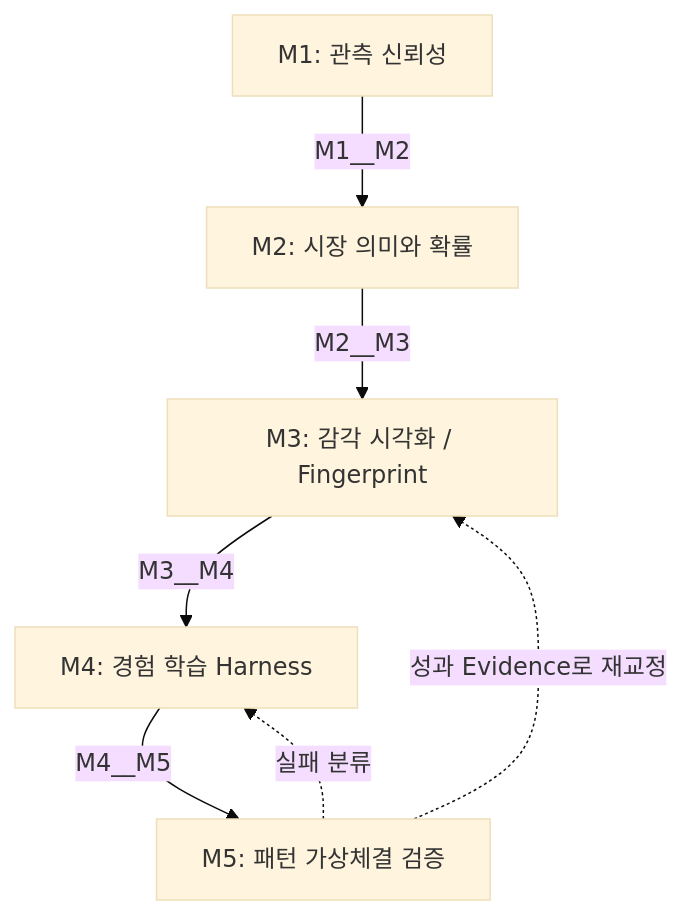
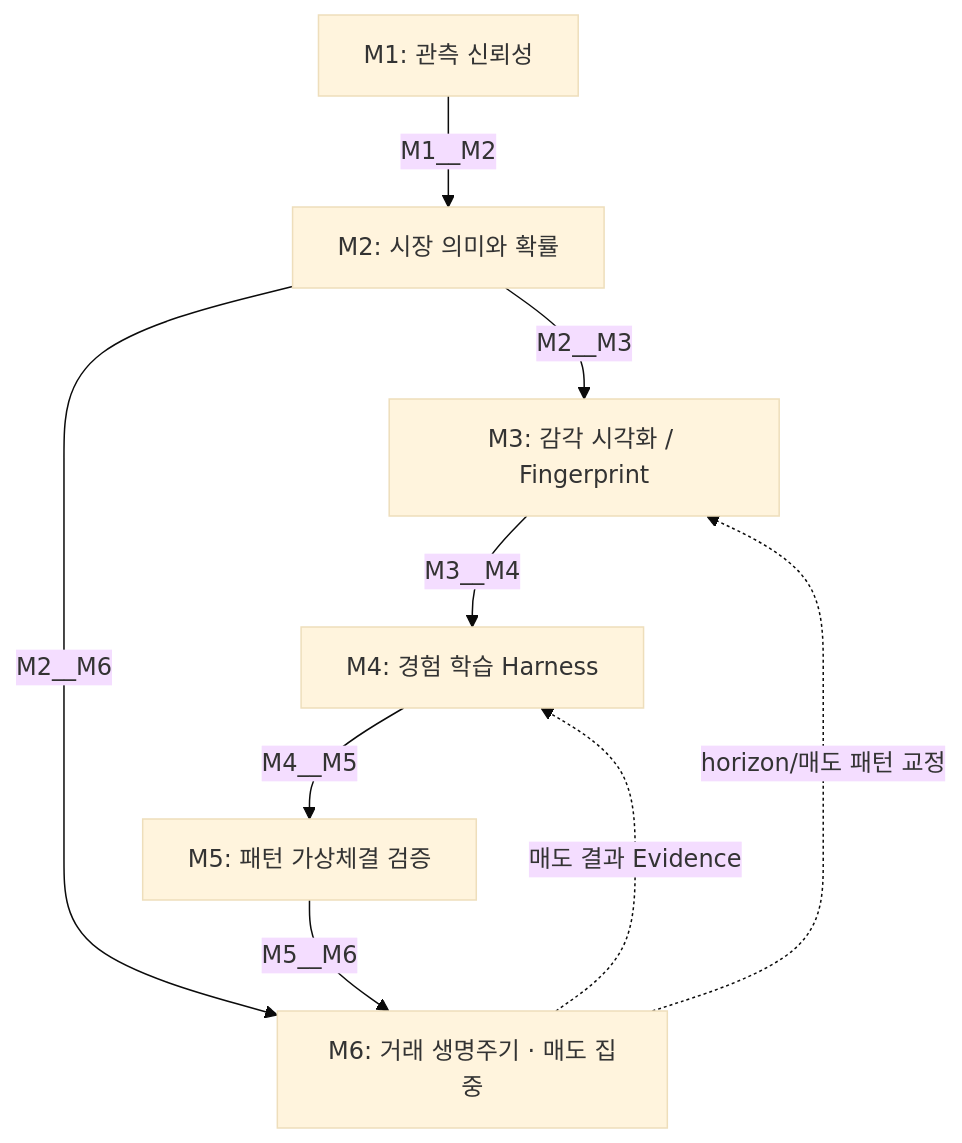
One commit to esuai02/shadow_wik changed the diagram in docs/intent_graph.mmd. Above: the diagram before and after it, drawn with Mermaid (base theme).

Commit message:
Update intent graph for sell lifecycle

```diff
--- a/docs/intent_graph.mmd
+++ b/docs/intent_graph.mmd
@@ -1,13 +1,16 @@
 flowchart TD
-  %% run=shadow-sensory-v1 revision=2 focus=M5
+  %% run=shadow-sensory-v1 revision=3 focus=M6
   M1["M1: 관측 신뢰성"]
   M2["M2: 시장 의미와 확률"]
   M3["M3: 감각 시각화 / Fingerprint"]
   M4["M4: 경험 학습 Harness"]
   M5["M5: 패턴 가상체결 검증"]
+  M6["M6: 거래 생명주기 · 매도 집중"]
   M1 -->|M1__M2| M2
   M2 -->|M2__M3| M3
   M3 -->|M3__M4| M4
   M4 -->|M4__M5| M5
-  M5 -.성과 Evidence로 재교정.-> M3
-  M5 -.실패 분류.-> M4
+  M2 -->|M2__M6| M6
+  M5 -->|M5__M6| M6
+  M6 -.매도 결과 Evidence.-> M4
+  M6 -.horizon/매도 패턴 교정.-> M3
```
